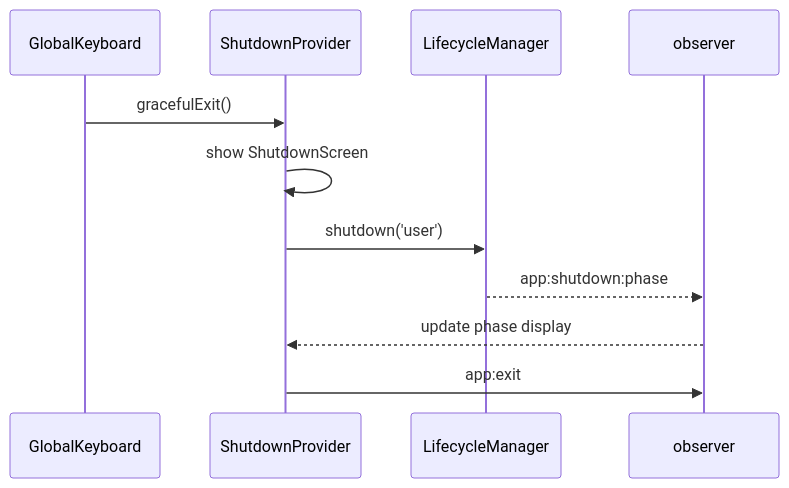
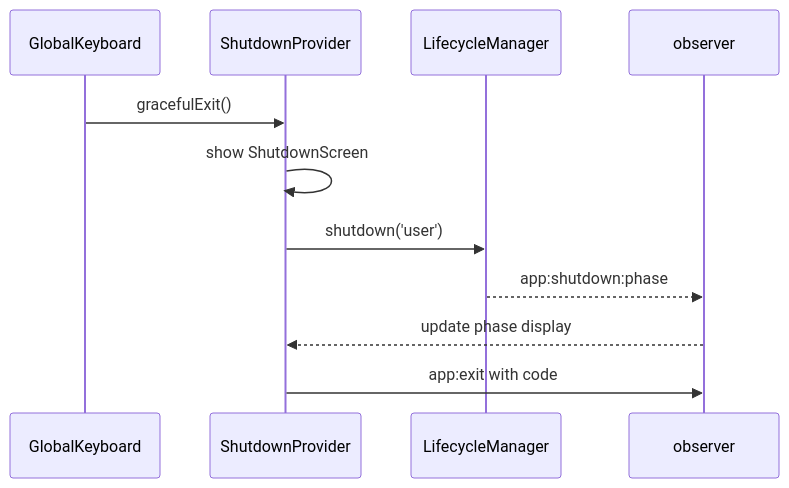
The ninth of 9 diagrams in docs/wiki/tui.md (noormdev/noorm), drawn with Mermaid before and after one commit. The commit also changed other lines of this file and 228 other files, not shown here.

````diff
--- a/docs/wiki/tui.md
+++ b/docs/wiki/tui.md
@@ -157,14 +227,14 @@
 ```mermaid
 sequenceDiagram
     %% source: src/tui/shutdown.tsx, src/tui/keyboard.tsx
     participant Keyboard as GlobalKeyboard
     participant Shutdown as ShutdownProvider
     participant Lifecycle as LifecycleManager
     participant Observer as observer
     Keyboard->>Shutdown: gracefulExit()
     Shutdown->>Shutdown: show ShutdownScreen
     Shutdown->>Lifecycle: shutdown('user')
     Lifecycle-->>Observer: app:shutdown:phase
     Observer-->>Shutdown: update phase display
-    Shutdown->>Observer: app:exit
+    Shutdown->>Observer: app:exit with code
 ```
````
